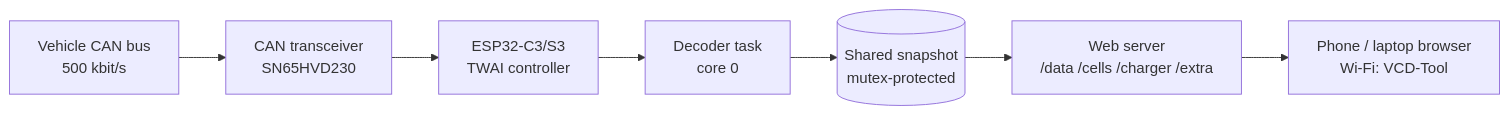
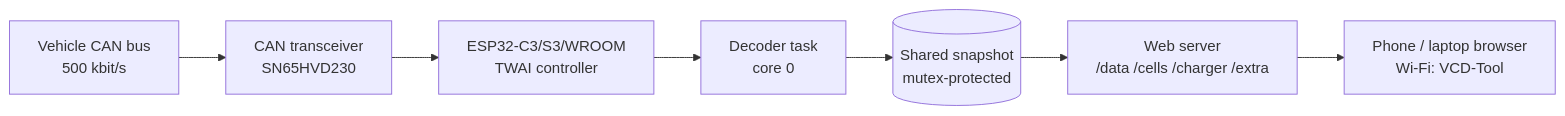
One commit to Kukun7610/Vehicle_CAN_Diagnostic_tool changed the diagram in README.md. Above: the diagram before and after it, drawn with Mermaid. The commit also changed other lines of this file and 6 other files, not shown here.

Commit message:
Additional HW support with Android Application - Now supported ESP32 WROOM Module - New Android Application ( `VCD-Tool` ) - Optimise Grid support algorism - Minor Bug fixes

````diff
--- a/README.md
+++ b/README.md
@@ -121,9 +123,9 @@
 ```mermaid
 flowchart LR
     V[Vehicle CAN bus<br/>500 kbit/s] --> T[CAN transceiver<br/>SN65HVD230]
-    T --> E[ESP32-C3/S3<br/>TWAI controller]
+    T --> E[ESP32-C3/S3/WROOM<br/>TWAI controller]
     E --> D[Decoder task<br/>core 0]
     D --> S[(Shared snapshot<br/>mutex-protected)]
     S --> W[Web server<br/>/data /cells /charger /extra]
     W --> P[Phone / laptop browser<br/>Wi-Fi: VCD-Tool]
 ```
````
